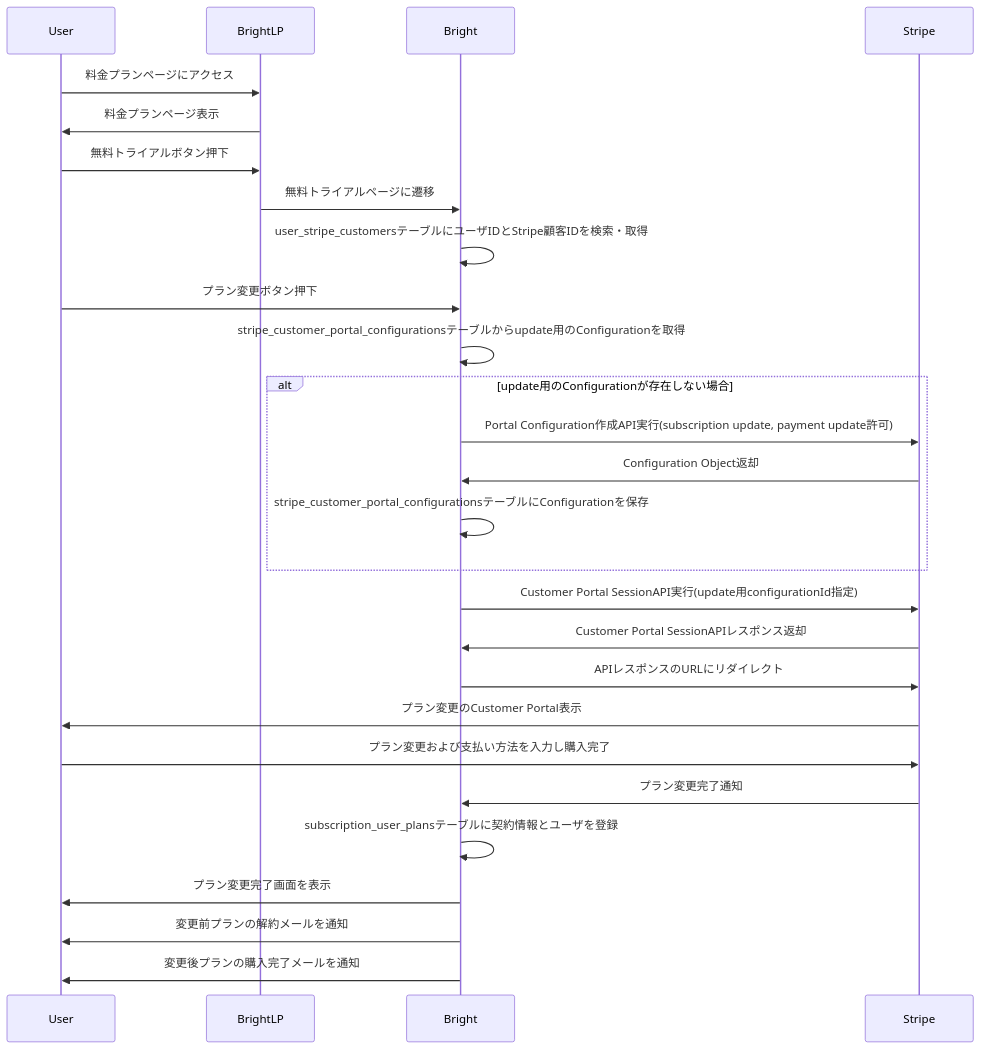
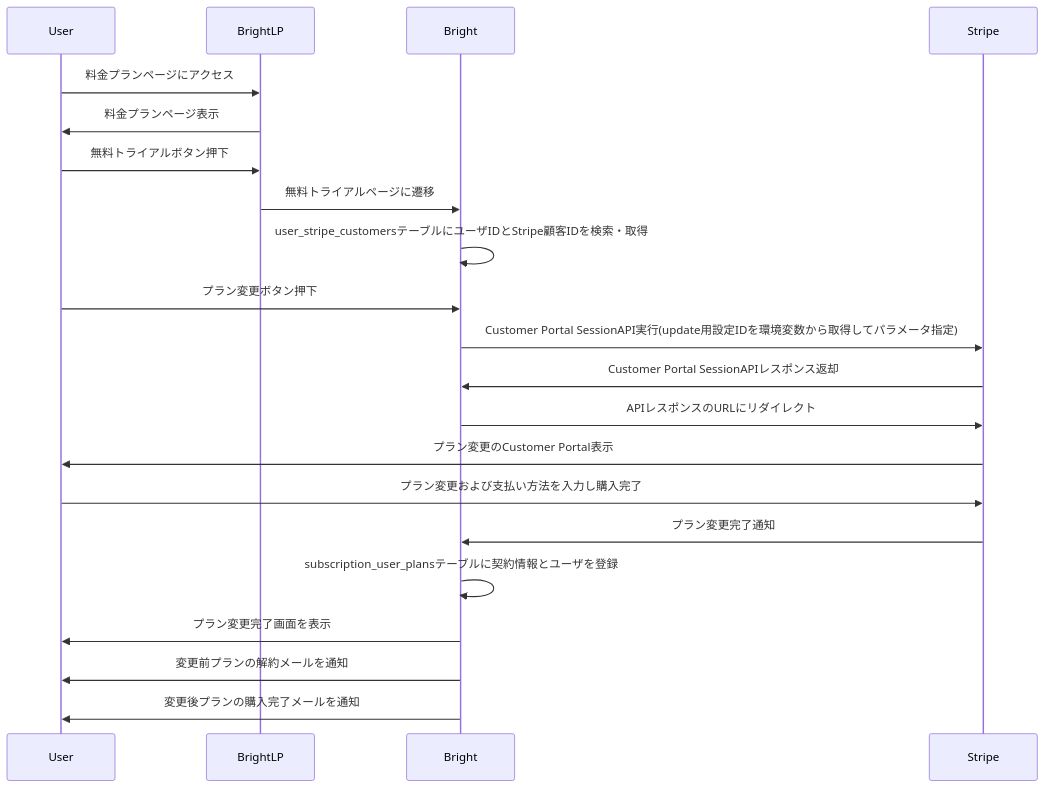
Before and after one commit to bright-org/bright: the eighth of 10 diagrams in docs/logics/subscription.md, drawn with Mermaid. The commit also changed other lines of this file, not shown here.

Commit message:
決済関連の設計ドキュメント作成 - stripe_customer_portal_configurationsテーブルに保存する内容は環境変数保存へ変更するためテーブル設計情報を削除。また、本修正に伴い影響のあるシーケンス箇所も修正

````diff
--- a/docs/logics/subscription.md
+++ b/docs/logics/subscription.md
@@ -237,30 +207,24 @@
 ```mermaid
 sequenceDiagram
     participant User
     participant BrightLP
     participant Bright
     participant Stripe
 
     User ->> BrightLP: 料金プランページにアクセス
     BrightLP ->> User: 料金プランページ表示
     User ->> BrightLP: 無料トライアルボタン押下
     BrightLP ->> Bright: 無料トライアルページに遷移
     Bright ->> Bright: user_stripe_customersテーブルにユーザIDとStripe顧客IDを検索・取得
     User ->> Bright: プラン変更ボタン押下
-    Bright ->> Bright: stripe_customer_portal_configurationsテーブルからupdate用のConfigurationを取得
-    alt update用のConfigurationが存在しない場合
-        Bright ->> Stripe: Portal Configuration作成API実行(subscription update, payment update許可)
-        Stripe ->> Bright: Configuration Object返却
-        Bright ->> Bright: stripe_customer_portal_configurationsテーブルにConfigurationを保存
-    end
-    Bright ->> Stripe: Customer Portal SessionAPI実行(update用configurationId指定)
+    Bright ->> Stripe: Customer Portal SessionAPI実行(update用設定IDを環境変数から取得してパラメータ指定)
     Stripe ->> Bright: Customer Portal SessionAPIレスポンス返却
     Bright ->> Stripe: APIレスポンスのURLにリダイレクト
     Stripe ->> User: プラン変更のCustomer Portal表示
     User ->> Stripe: プラン変更および支払い方法を入力し購入完了
     Stripe ->> Bright: プラン変更完了通知
     Bright ->> Bright: subscription_user_plansテーブルに契約情報とユーザを登録
     Bright ->> User: プラン変更完了画面を表示
     Bright ->> User: 変更前プランの解約メールを通知
     Bright ->> User: 変更後プランの購入完了メールを通知
 ```
````
